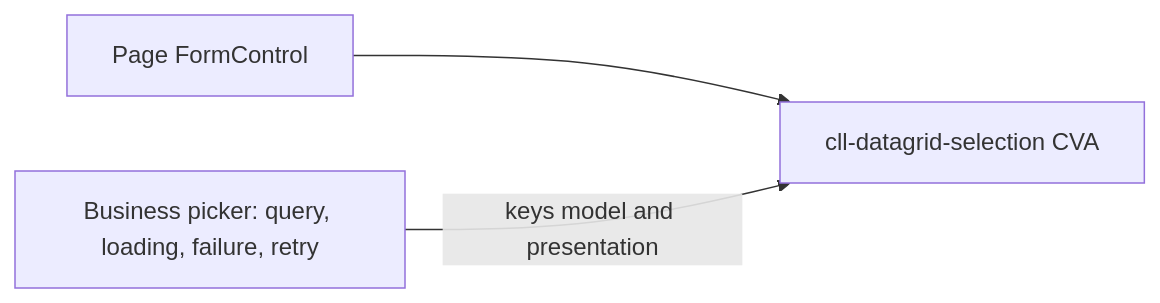
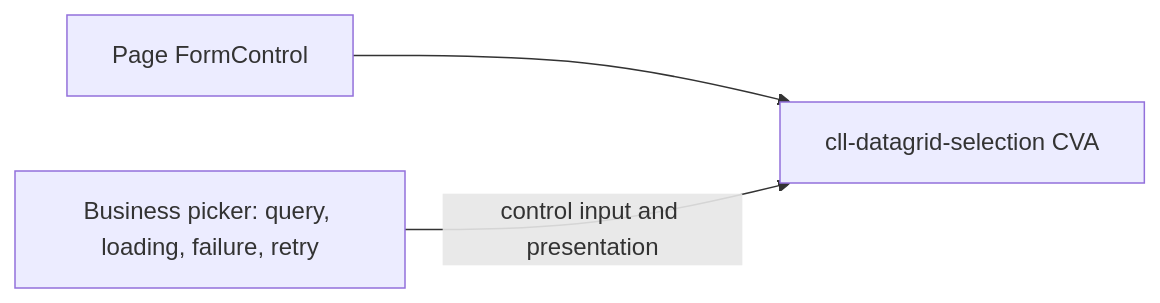
Before and after one commit to wghglory/ngx-lift-workspace: the second of 2 diagrams in docs/design/clr-lift/datagrid-selection-reference.md, drawn with Mermaid. The commit also changed other lines of this file and 12 other files, not shown here.

````diff
--- a/docs/design/clr-lift/datagrid-selection-reference.md
+++ b/docs/design/clr-lift/datagrid-selection-reference.md
@@ -868,5 +867,5 @@
 ```mermaid
 flowchart LR
   P[Page FormControl] --> I[cll-datagrid-selection CVA]
-  Business[Business picker: query, loading, failure, retry] -->|keys model and presentation| I
+  Business[Business picker: query, loading, failure, retry] -->|control input and presentation| I
 ```
````
